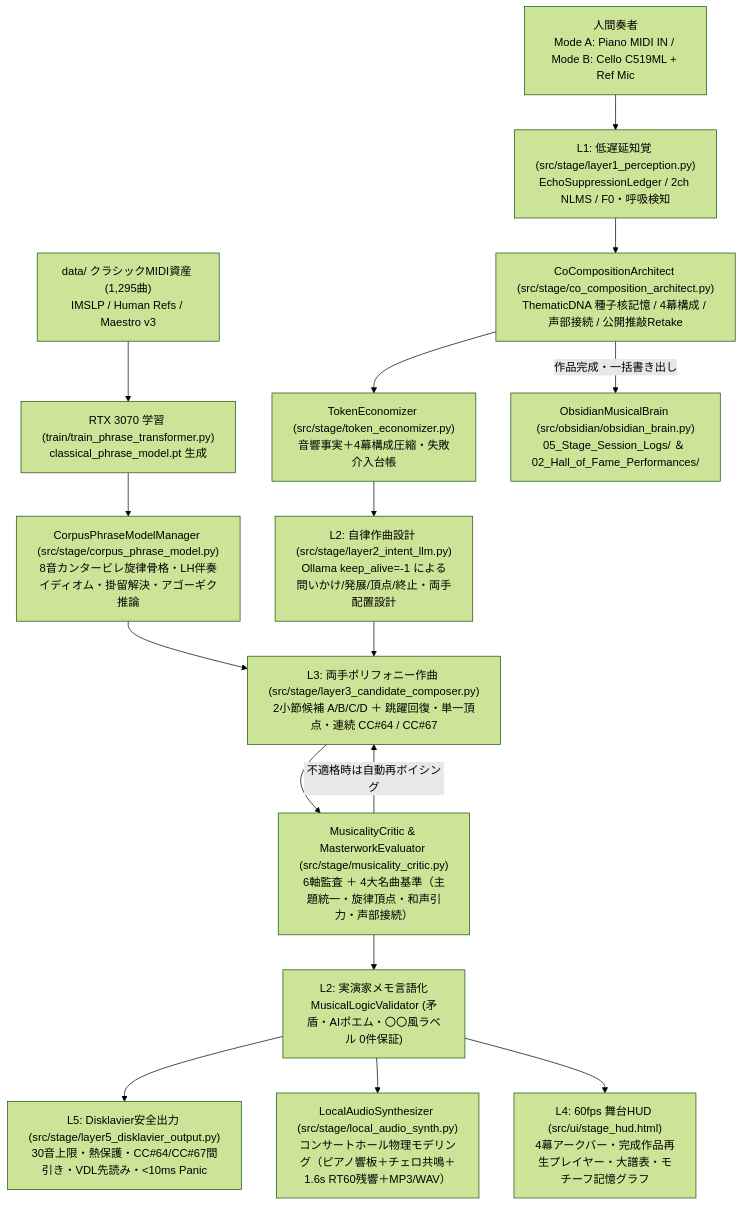
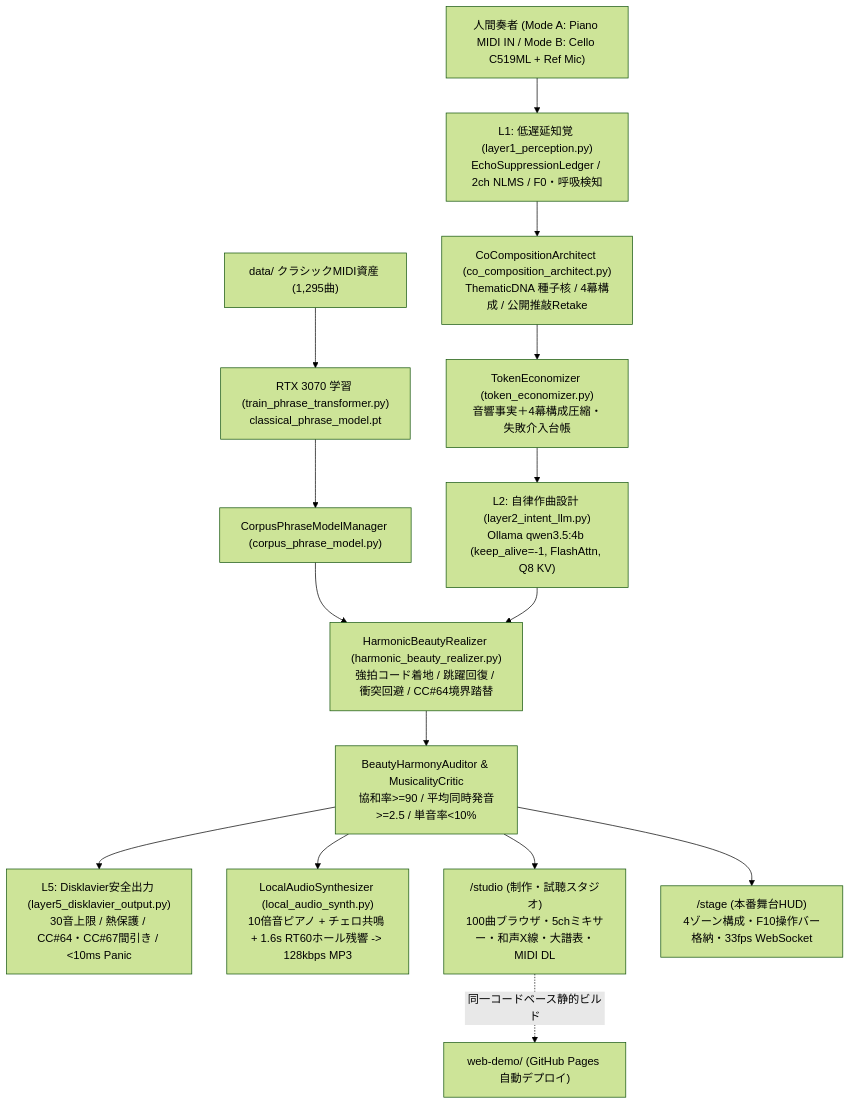
The diagram in docs/ARCHITECTURE.md (AI-Avalon/Disklavier-Auto), drawn with Mermaid (forest theme) before and after one commit. The commit also changed other lines of this file and 216 other files, not shown here.

Commit message:
Overhaul composition engine, 100-piece library, 2-screen Studio/Stage GUI, GitHub Pages demo, and 3-round Playwright verification

````diff
--- a/docs/ARCHITECTURE.md
+++ b/docs/ARCHITECTURE.md
@@ -10,18 +10,17 @@
 ```mermaid
 flowchart TD
-    Human["人間奏者\nMode A: Piano MIDI IN / Mode B: Cello C519ML + Ref Mic"] --> L1["L1: 低遅延知覚 (src/stage/layer1_perception.py)\nEchoSuppressionLedger / 2ch NLMS / F0・呼吸検知"]
-    L1 --> Arch["CoCompositionArchitect (src/stage/co_composition_architect.py)\nThematicDNA 種子核記憶 / 4幕構成 / 声部接続 / 公開推敲Retake"]
-    Corpus["data/ クラシックMIDI資産 (1,295曲)\nIMSLP / Human Refs / Maestro v3"] --> Train["RTX 3070 学習 (train/train_phrase_transformer.py)\nclassical_phrase_model.pt 生成"]
-    Train --> Model["CorpusPhraseModelManager (src/stage/corpus_phrase_model.py)\n8音カンタービレ旋律骨格・LH伴奏イディオム・掛留解決・アゴーギク推論"]
-    Arch --> Econ["TokenEconomizer (src/stage/token_economizer.py)\n音響事実＋4幕構成圧縮・失敗介入台帳"]
-    Econ --> L2P["L2: 自律作曲設計 (src/stage/layer2_intent_llm.py)\nOllama keep_alive=-1 による問いかけ/発展/頂点/終止・両手配置設計"]
-    Model --> L3["L3: 両手ポリフォニー作曲 (src/stage/layer3_candidate_composer.py)\n2小節候補 A/B/C/D ＋ 跳躍回復・単一頂点・連続 CC#64 / CC#67"]
-    L2P --> L3
-    L3 --> Critic["MusicalityCritic & MasterworkEvaluator (src/stage/musicality_critic.py)\n6軸監査 ＋ 4大名曲基準（主題統一・旋律頂点・和声引力・声部接続）"]
-    Critic -->|"不適格時は自動再ボイシング"| L3
-    Critic --> L2M["L2: 実演家メモ言語化\nMusicalLogicValidator (矛盾・AIポエム・〇〇風ラベル 0件保証)"]
-    L2M --> L5["L5: Disklavier安全出力 (src/stage/layer5_disklavier_output.py)\n30音上限・熱保護・CC#64/CC#67間引き・VDL先読み・<10ms Panic"]
-    L2M --> Synth["LocalAudioSynthesizer (src/stage/local_audio_synth.py)\nコンサートホール物理モデリング（ピアノ響板＋チェロ共鳴＋1.6s RT60残響＋MP3/WAV）"]
-    L2M --> HUD["L4: 60fps 舞台HUD (src/ui/stage_hud.html)\n4幕アークバー・完成作品再生プレイヤー・大譜表・モチーフ記憶グラフ"]
-    Arch -->|"作品完成・一括書き出し"| Obsidian["ObsidianMusicalBrain (src/obsidian/obsidian_brain.py)\n05_Stage_Session_Logs/ ＆ 02_Hall_of_Fame_Performances/"]
+    Human["人間奏者 (Mode A: Piano MIDI IN / Mode B: Cello C519ML + Ref Mic)"] --> L1["L1: 低遅延知覚 (layer1_perception.py)\nEchoSuppressionLedger / 2ch NLMS / F0・呼吸検知"]
+    L1 --> Arch["CoCompositionArchitect (co_composition_architect.py)\nThematicDNA 種子核 / 4幕構成 / 公開推敲Retake"]
+    Corpus["data/ クラシックMIDI資産 (1,295曲)"] --> Train["RTX 3070 学習 (train_phrase_transformer.py)\nclassical_phrase_model.pt"]
+    Train --> Model["CorpusPhraseModelManager (corpus_phrase_model.py)"]
+    Arch --> Econ["TokenEconomizer (token_economizer.py)\n音響事実＋4幕構成圧縮・失敗介入台帳"]
+    Econ --> L2P["L2: 自律作曲設計 (layer2_intent_llm.py)\nOllama qwen3.5:4b (keep_alive=-1, FlashAttn, Q8 KV)"]
+    Model --> Realizer["HarmonicBeautyRealizer (harmonic_beauty_realizer.py)\n強拍コード着地 / 跳躍回復 / 衝突回避 / CC#64境界踏替"]
+    L2P --> Realizer
+    Realizer --> Auditor["BeautyHarmonyAuditor & MusicalityCritic\n協和率>=90 / 平均同時発音>=2.5 / 単音率<10%"]
+    Auditor --> L5["L5: Disklavier安全出力 (layer5_disklavier_output.py)\n30音上限 / 熱保護 / CC#64・CC#67間引き / <10ms Panic"]
+    Auditor --> Synth["LocalAudioSynthesizer (local_audio_synth.py)\n10倍音ピアノ + チェロ共鳴 + 1.6s RT60ホール残響 -> 128kbps MP3"]
+    Auditor --> StudioUI["/studio (制作・試聴スタジオ)\n100曲ブラウザ・5chミキサー・和声X線・大譜表・MIDI DL"]
+    Auditor --> StageUI["/stage (本番舞台HUD)\n4ゾーン構成・F10操作バー格納・33fps WebSocket"]
+    StudioUI -.->|"同一コードベース静的ビルド"| Pages["web-demo/ (GitHub Pages 自動デプロイ)"]
 ```
````
